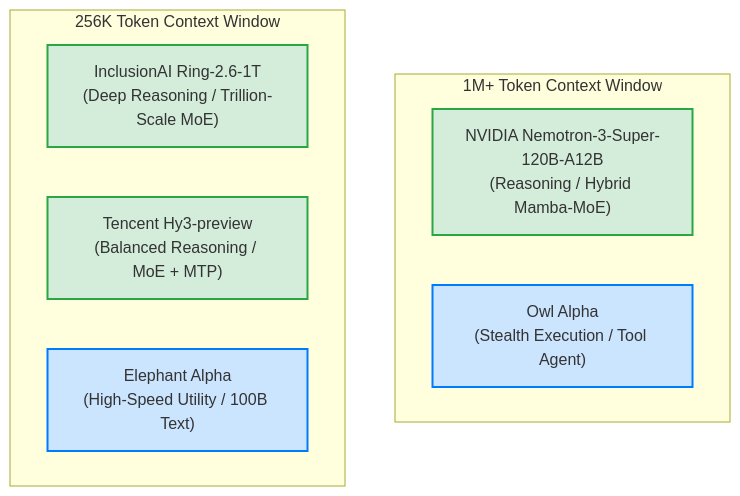
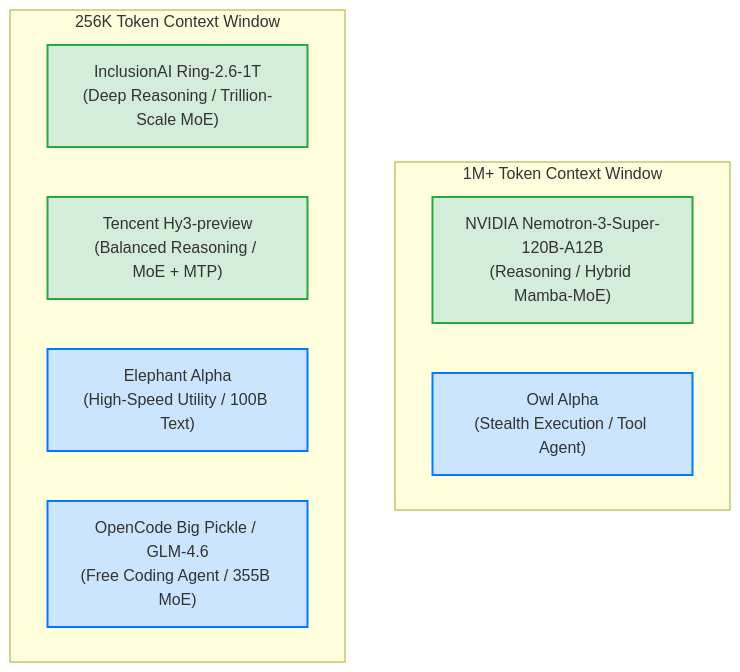
The diagram in ai_model_comparison.md (lumpydirtprincess/cro), drawn with Mermaid before and after one commit. The commit also changed other lines of this file and 32196 other files, not shown here.

````diff
--- a/ai_model_comparison.md
+++ b/ai_model_comparison.md
@@ -11,16 +11,17 @@
 ```mermaid
 graph TD
     classDef reasoning fill:#d4edda,stroke:#28a745,stroke-width:2px;
     classDef execution fill:#cce5ff,stroke:#007bff,stroke-width:2px;
     
     subgraph "1M+ Token Context Window"
         Nemotron["NVIDIA Nemotron-3-Super-120B-A12B<br>(Reasoning / Hybrid Mamba-MoE)"]:::reasoning
         Owl["Owl Alpha<br>(Stealth Execution / Tool Agent)"]:::execution
     end
 
     subgraph "256K Token Context Window"
         Ring["InclusionAI Ring-2.6-1T<br>(Deep Reasoning / Trillion-Scale MoE)"]:::reasoning
         Hy3["Tencent Hy3-preview<br>(Balanced Reasoning / MoE + MTP)"]:::reasoning
         Elephant["Elephant Alpha<br>(High-Speed Utility / 100B Text)"]:::execution
+        BigPickle["OpenCode Big Pickle / GLM-4.6<br>(Free Coding Agent / 355B MoE)"]:::execution
     end
 ```
````
